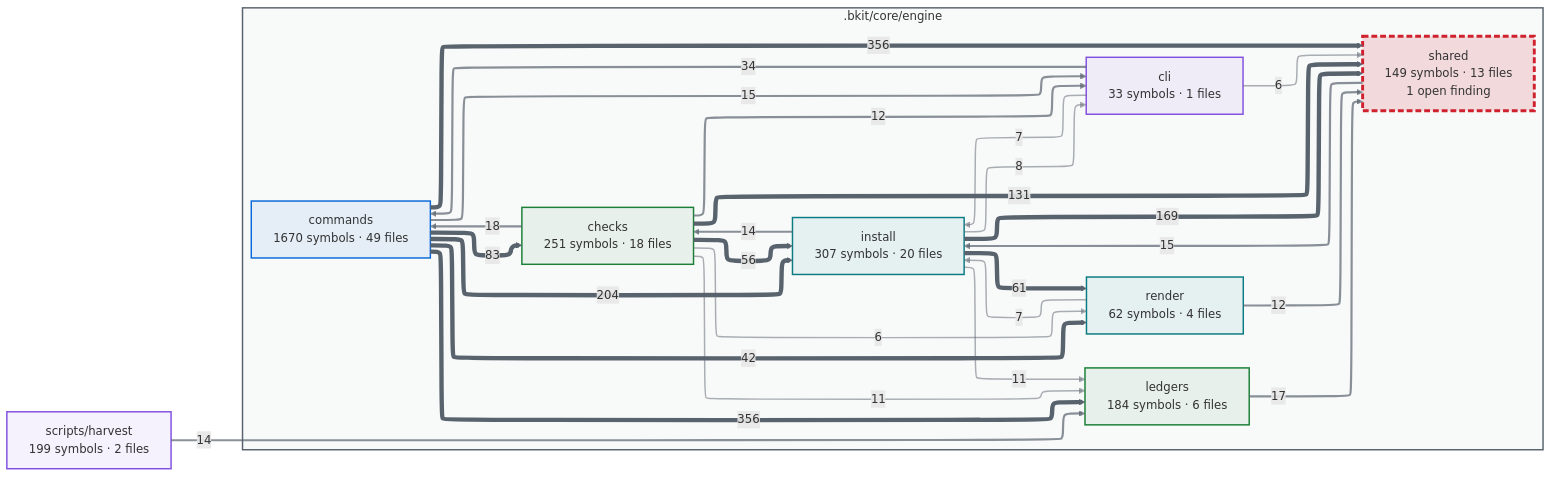
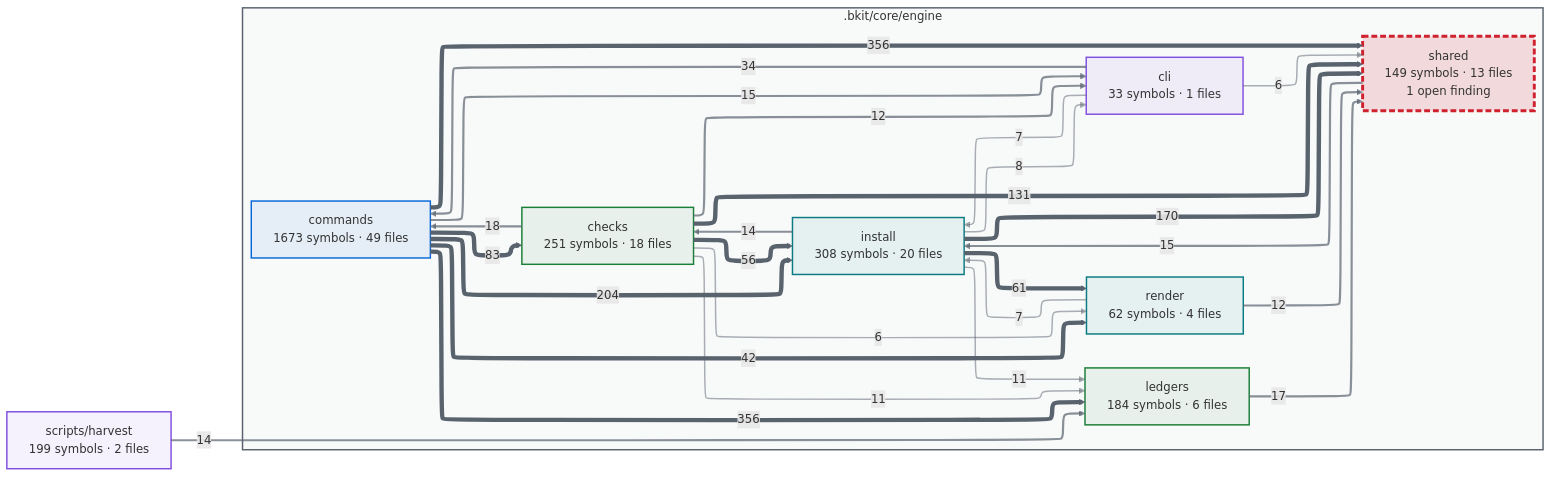
One commit to cbartens/bkit changed the first of 2 diagrams in docs/capabilities.md. Above: the diagram before and after it, drawn with Mermaid. The commit also changed other lines of this file and 165 other files, not shown here.

````diff
--- a/docs/capabilities.md
+++ b/docs/capabilities.md
@@ -154,80 +154,80 @@
 ```mermaid
 ---
 config:
   layout: elk
   themeCSS: "marker { overflow: visible; } marker path { transform: scale(1.8); transform-origin: 5px 5px; }"
   flowchart:
     useMaxWidth: false
 ---
 flowchart LR
   %% Generated by bkit-graphify-rollup.py — do not edit
   subgraph gn_bkit_core_engine[".bkit/core/engine"]
     n_bkit_core_engine_checks["checks<br/>251 symbols · 18 files"]
     n_bkit_core_engine_cli["cli<br/>33 symbols · 1 files"]
-    n_bkit_core_engine_commands["commands<br/>1670 symbols · 49 files"]
-    n_bkit_core_engine_install["install<br/>307 symbols · 20 files"]
+    n_bkit_core_engine_commands["commands<br/>1673 symbols · 49 files"]
+    n_bkit_core_engine_install["install<br/>308 symbols · 20 files"]
     n_bkit_core_engine_ledgers["ledgers<br/>184 symbols · 6 files"]
     n_bkit_core_engine_render["render<br/>62 symbols · 4 files"]
     n_bkit_core_engine_shared["shared<br/>149 symbols · 13 files<br/>1 open finding"]
   end
   nscripts_harvest["scripts/harvest<br/>199 symbols · 2 files"]
   n_bkit_core_engine_commands -->|356| n_bkit_core_engine_ledgers
   n_bkit_core_engine_commands -->|356| n_bkit_core_engine_shared
   n_bkit_core_engine_commands -->|204| n_bkit_core_engine_install
-  n_bkit_core_engine_install -->|169| n_bkit_core_engine_shared
+  n_bkit_core_engine_install -->|170| n_bkit_core_engine_shared
   n_bkit_core_engine_checks -->|131| n_bkit_core_engine_shared
   n_bkit_core_engine_commands -->|83| n_bkit_core_engine_checks
   n_bkit_core_engine_install -->|61| n_bkit_core_engine_render
   n_bkit_core_engine_checks -->|56| n_bkit_core_engine_install
   n_bkit_core_engine_commands -->|42| n_bkit_core_engine_render
   n_bkit_core_engine_cli -->|34| n_bkit_core_engine_commands
   n_bkit_core_engine_checks -->|18| n_bkit_core_engine_commands
   n_bkit_core_engine_ledgers -->|17| n_bkit_core_engine_shared
   n_bkit_core_engine_shared -->|15| n_bkit_core_engine_install
   n_bkit_core_engine_commands -->|15| n_bkit_core_engine_cli
   n_bkit_core_engine_install -->|14| n_bkit_core_engine_checks
   nscripts_harvest -->|14| n_bkit_core_engine_ledgers
   n_bkit_core_engine_checks -->|12| n_bkit_core_engine_cli
   n_bkit_core_engine_render -->|12| n_bkit_core_engine_shared
   n_bkit_core_engine_checks -->|11| n_bkit_core_engine_ledgers
   n_bkit_core_engine_install -->|11| n_bkit_core_engine_ledgers
   n_bkit_core_engine_install -->|8| n_bkit_core_engine_cli
   n_bkit_core_engine_cli -->|7| n_bkit_core_engine_install
   n_bkit_core_engine_render -->|7| n_bkit_core_engine_install
   n_bkit_core_engine_checks -->|6| n_bkit_core_engine_render
   n_bkit_core_engine_cli -->|6| n_bkit_core_engine_shared
   style gn_bkit_core_engine fill:#59636e0a,stroke:#59636e,stroke-width:2px
   style n_bkit_core_engine_checks stroke:#1a7f37,stroke-width:2px,fill:#1a7f3714
   style n_bkit_core_engine_cli stroke:#8250df,stroke-width:2px,fill:#8250df14
   style n_bkit_core_engine_commands stroke:#0969da,stroke-width:2px,fill:#0969da14
   style n_bkit_core_engine_install stroke:#0a7b83,stroke-width:2px,fill:#0a7b8314
   style n_bkit_core_engine_ledgers stroke:#1a7f37,stroke-width:2px,fill:#1a7f3714
   style n_bkit_core_engine_render stroke:#0a7b83,stroke-width:2px,fill:#0a7b8314
   style n_bkit_core_engine_shared stroke:#cf222e,stroke-width:4px,stroke-dasharray:8 4,fill:#cf222e26
   style nscripts_harvest stroke:#8250df,stroke-width:2px,fill:#8250df14
   linkStyle 0 stroke:#59636e,stroke-width:6px
   linkStyle 1 stroke:#59636e,stroke-width:6px
   linkStyle 2 stroke:#59636e,stroke-width:6px
   linkStyle 3 stroke:#59636e,stroke-width:6px
   linkStyle 4 stroke:#59636e,stroke-width:6px
   linkStyle 5 stroke:#59636e,stroke-width:6px
   linkStyle 6 stroke:#59636e,stroke-width:6px
   linkStyle 7 stroke:#59636e,stroke-width:6px
   linkStyle 8 stroke:#59636e,stroke-width:6px
   linkStyle 9 stroke:#59636eb3,stroke-width:3px
   linkStyle 10 stroke:#59636eb3,stroke-width:3px
   linkStyle 11 stroke:#59636eb3,stroke-width:3px
   linkStyle 12 stroke:#59636eb3,stroke-width:3px
   linkStyle 13 stroke:#59636eb3,stroke-width:3px
   linkStyle 14 stroke:#59636eb3,stroke-width:3px
   linkStyle 15 stroke:#59636eb3,stroke-width:3px
   linkStyle 16 stroke:#59636eb3,stroke-width:3px
   linkStyle 17 stroke:#59636eb3,stroke-width:3px
   linkStyle 18 stroke:#59636e80,stroke-width:2px
   linkStyle 19 stroke:#59636e80,stroke-width:2px
   linkStyle 20 stroke:#59636e80,stroke-width:2px
   linkStyle 21 stroke:#59636e80,stroke-width:2px
   linkStyle 22 stroke:#59636e80,stroke-width:2px
   linkStyle 23 stroke:#59636e80,stroke-width:2px
   linkStyle 24 stroke:#59636e80,stroke-width:2px
 ```
````
